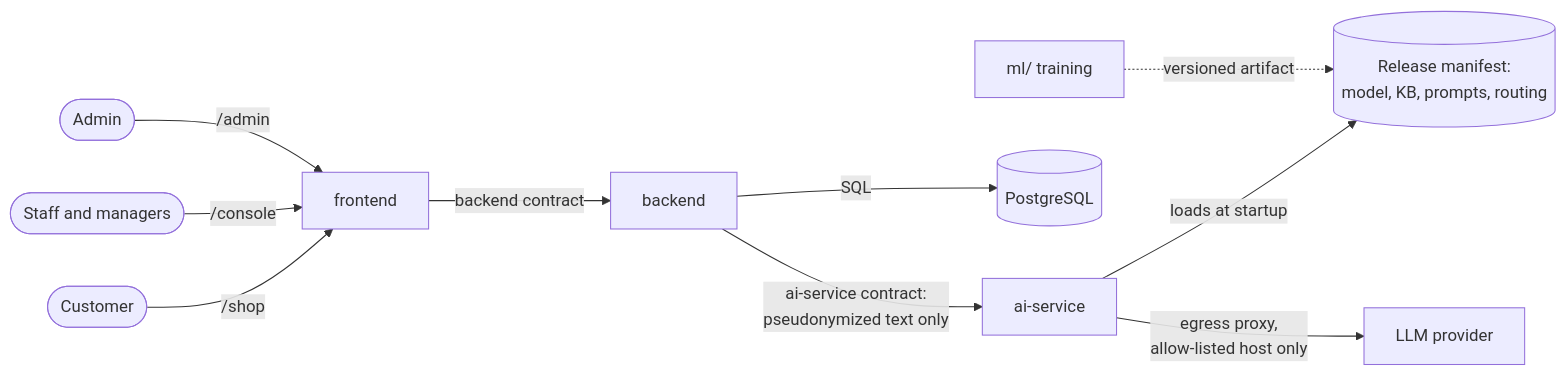
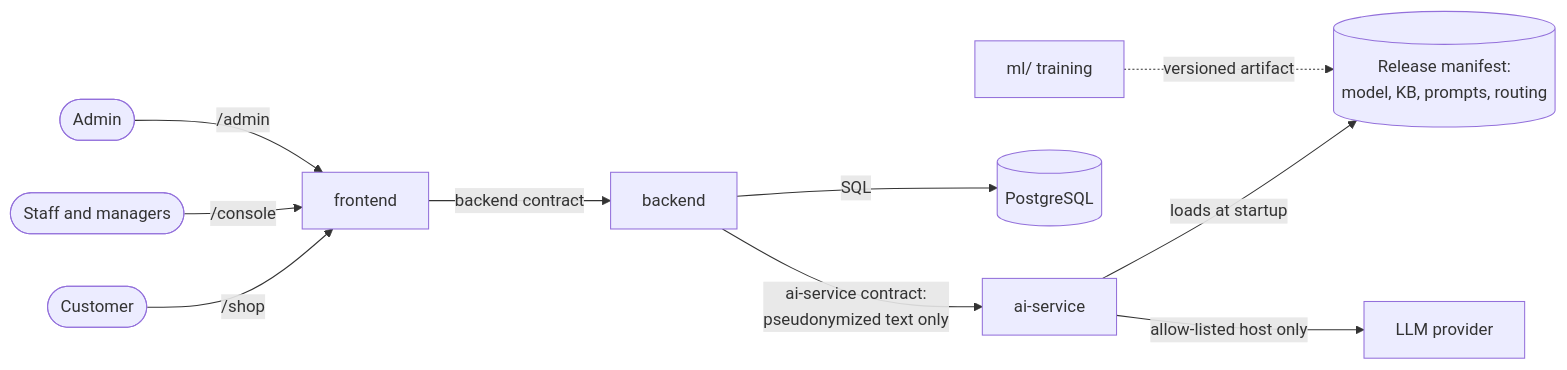
The first of 2 diagrams in README.md (ml-system-design-nhom-5/SupportIQ), drawn with Mermaid before and after one commit. The commit also changed other lines of this file and 21 other files, not shown here.

````diff
--- a/README.md
+++ b/README.md
@@ -21,12 +21,12 @@
 ```mermaid
 flowchart LR
     Customer(["Customer"]) -->|"/shop"| FE["frontend"]
     Staff(["Staff and managers"]) -->|"/console"| FE
     Admin(["Admin"]) -->|"/admin"| FE
     FE -->|"backend contract"| BE["backend"]
     BE -->|"ai-service contract:<br/>pseudonymized text only"| AI["ai-service"]
     BE -->|"SQL"| DB[("PostgreSQL")]
     AI -->|"loads at startup"| ART[("Release manifest:<br/>model, KB, prompts, routing")]
-    AI -->|"egress proxy,<br/>allow-listed host only"| LLM["LLM provider"]
+    AI -->|"allow-listed host only"| LLM["LLM provider"]
     ML["ml/ training"] -.->|"versioned artifact"| ART
 ```
````
